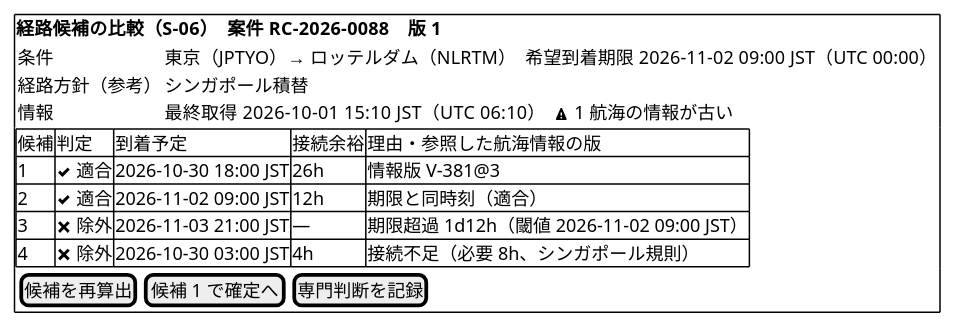
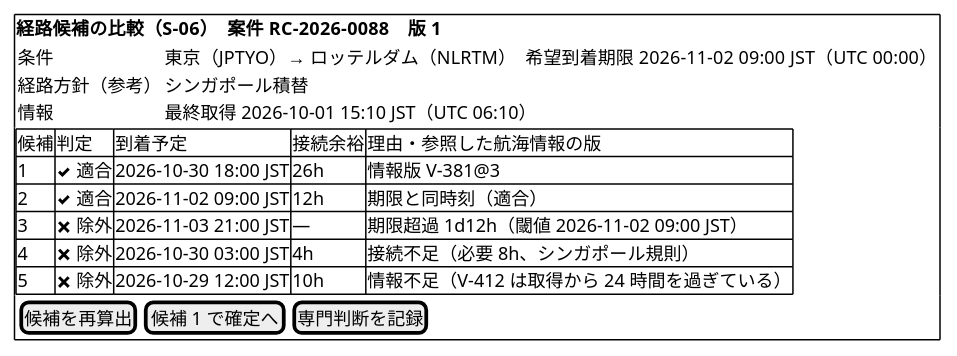
Diagram 22 of 37 in docs/design/cargo-tracker/ui_design.md (k2works/practical-domain-driven-design-in-enterpris-application), drawn with PlantUML before and after one commit. The commit also changed other lines of this file and 7 other files, not shown here.

````diff
--- a/docs/design/cargo-tracker/ui_design.md
+++ b/docs/design/cargo-tracker/ui_design.md
@@ -1062,20 +1062,21 @@
 ```plantuml
 @startsalt
 {+
   <b>経路候補の比較（S-06）　案件 RC-2026-0088　版 1
   {
     条件 | 東京（JPTYO）→ ロッテルダム（NLRTM）　希望到着期限 2026-11-02 09:00 JST（UTC 00:00）
     経路方針（参考） | シンガポール積替
-    情報 | 最終取得 2026-10-01 15:10 JST（UTC 06:10）　<&warning> 1 航海の情報が古い
+    情報 | 最終取得 2026-10-01 15:10 JST（UTC 06:10）
   }
   {#
     候補 | 判定 | 到着予定 | 接続余裕 | 理由・参照した航海情報の版
     1 | <&check> 適合 | 2026-10-30 18:00 JST | 26h | 情報版 V-381@3
     2 | <&check> 適合 | 2026-11-02 09:00 JST | 12h | 期限と同時刻（適合）
     3 | <&x> 除外 | 2026-11-03 21:00 JST | — | 期限超過 1d12h（閾値 2026-11-02 09:00 JST）
     4 | <&x> 除外 | 2026-10-30 03:00 JST | 4h | 接続不足（必要 8h、シンガポール規則）
+    5 | <&x> 除外 | 2026-10-29 12:00 JST | 10h | 情報不足（V-412 は取得から 24 時間を過ぎている）
   }
   { [ 候補を再算出 ] | [ 候補 1 で確定へ ] | [ 専門判断を記録 ] }
 }
 @endsalt
 ```
````
